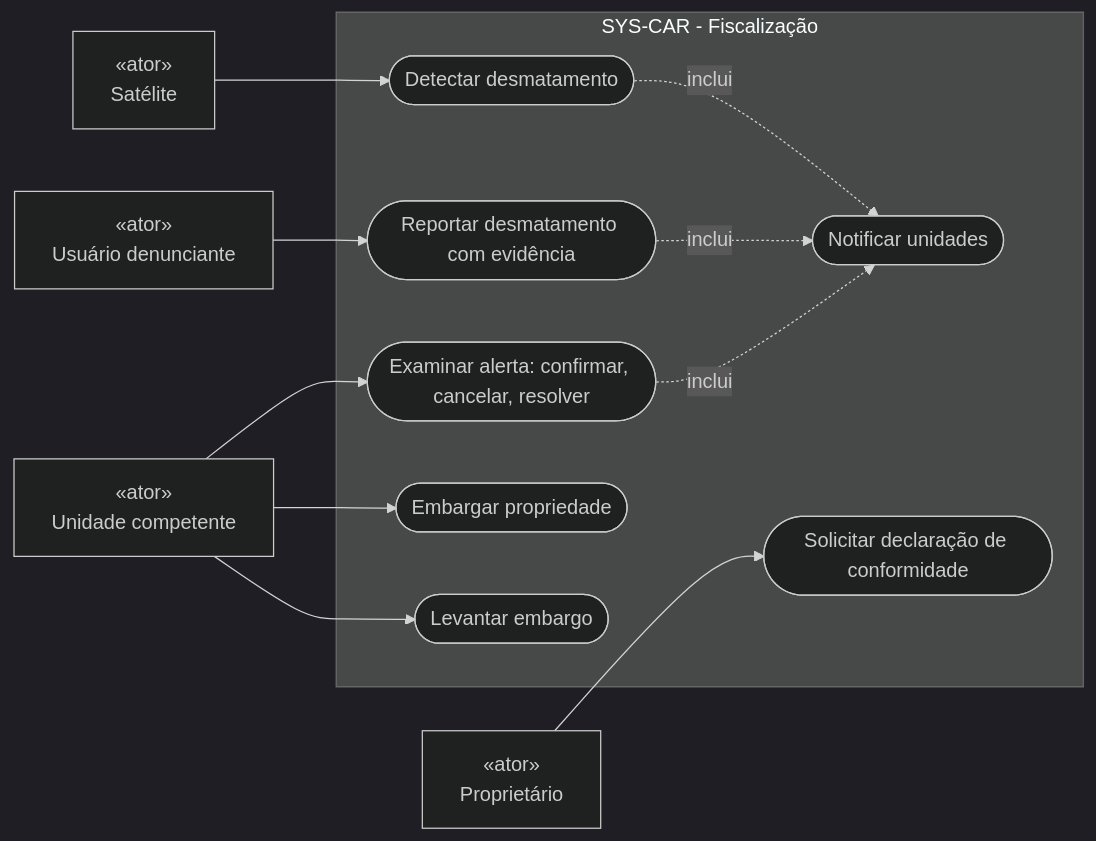
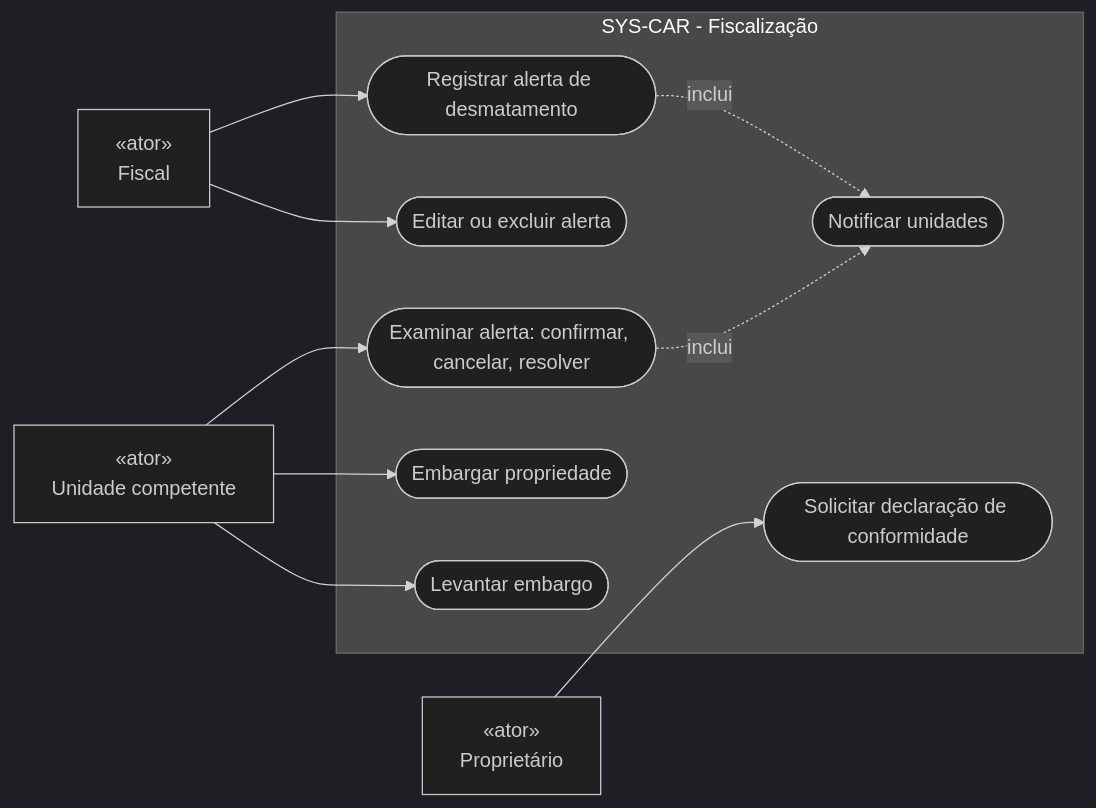
The first of 7 diagrams in docs/fiscalizacao/diagramas.pt-br.md (pedrohrossetto/sys-car), drawn with Mermaid (dark theme) before and after one commit. The commit also changed other lines of this file and 8 other files, not shown here.

First line of the commit message:
docs(fiscalizacao): ADR-F11 e F12, diagramas e guia sem as fontes

````diff
--- a/docs/fiscalizacao/diagramas.pt-br.md
+++ b/docs/fiscalizacao/diagramas.pt-br.md
@@ -8,25 +8,23 @@
 ```mermaid
 flowchart LR
-    sat["«ator»<br/>Satélite"]
-    usu["«ator»<br/>Usuário denunciante"]
+    fis["«ator»<br/>Fiscal"]
     uni["«ator»<br/>Unidade competente"]
     pro["«ator»<br/>Proprietário"]
     subgraph sistema["SYS-CAR - Fiscalização"]
-        uc1(["Detectar desmatamento"])
-        uc2(["Reportar desmatamento com evidência"])
+        uc1(["Registrar alerta de desmatamento"])
+        uc2(["Editar ou excluir alerta"])
         uc3(["Notificar unidades"])
         uc4(["Examinar alerta: confirmar, cancelar, resolver"])
         uc5(["Embargar propriedade"])
         uc6(["Levantar embargo"])
         uc7(["Solicitar declaração de conformidade"])
     end
-    sat --> uc1
-    usu --> uc2
+    fis --> uc1
+    fis --> uc2
     uc1 -. inclui .-> uc3
-    uc2 -. inclui .-> uc3
     uc4 -. inclui .-> uc3
     uni --> uc4
     uni --> uc5
     uni --> uc6
     pro --> uc7
 ```
````
